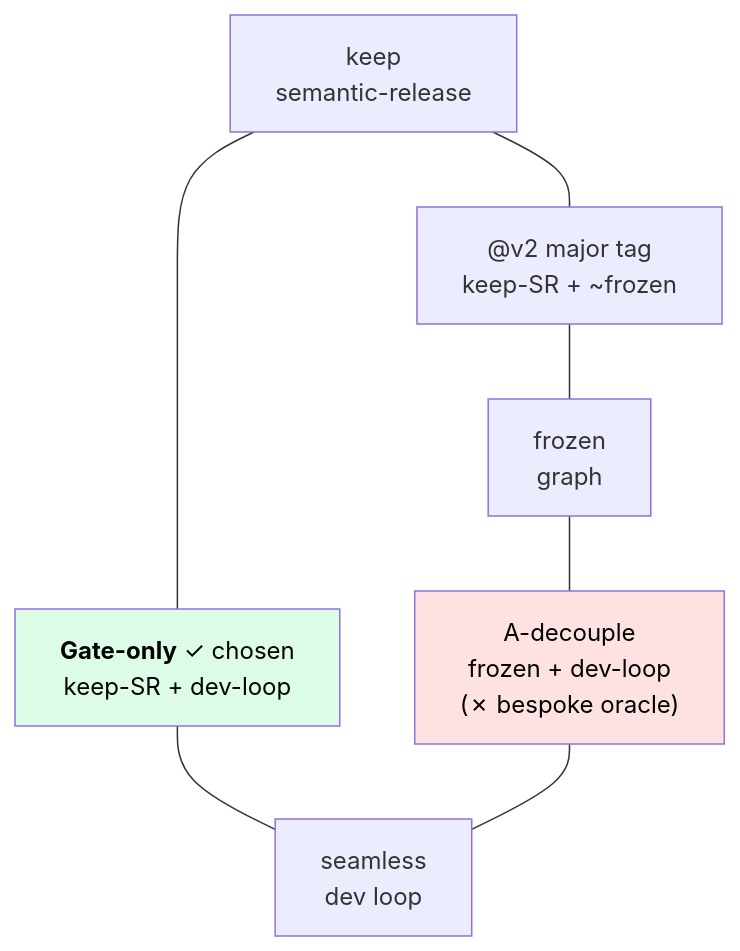
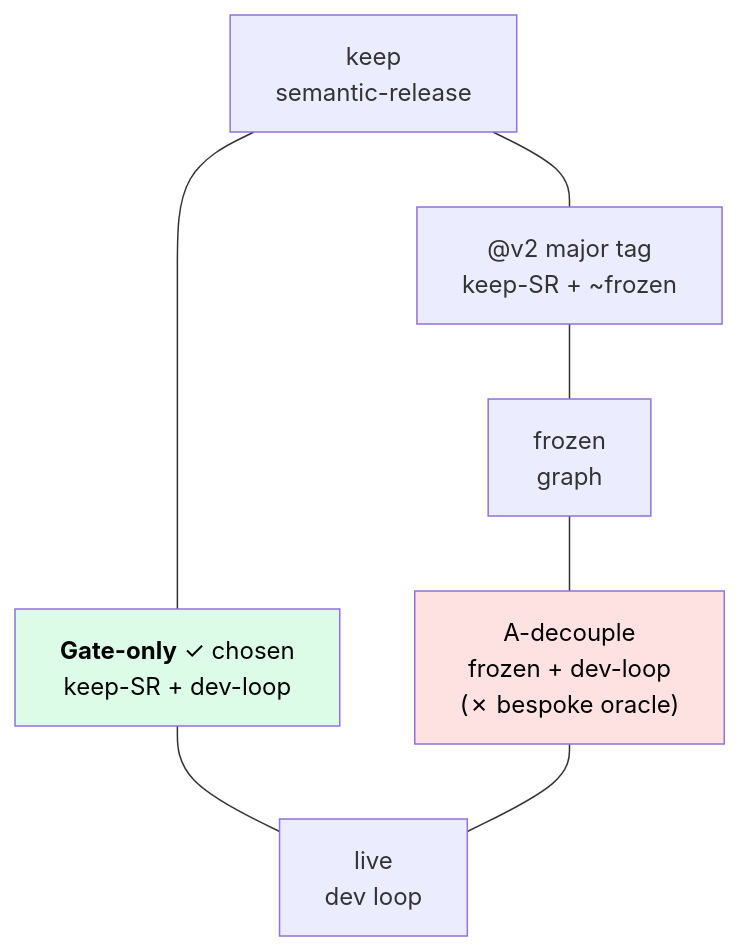
The second of 3 diagrams in docs/dependencies/workflow-pinning.md (hyperi-io/hyperi-ci), drawn with Mermaid before and after one commit. The commit also changed other lines of this file and 22 other files, not shown here.

````diff
--- a/docs/dependencies/workflow-pinning.md
+++ b/docs/dependencies/workflow-pinning.md
@@ -45,14 +45,14 @@
 ```mermaid
 flowchart TB
     KSR["keep<br/>semantic-release"]
     FG["frozen<br/>graph"]
-    SDL["seamless<br/>dev loop"]
+    SDL["live<br/>dev loop"]
     GO["<b>Gate-only</b> ✓ chosen<br/>keep-SR + dev-loop"]
     V2["@v2 major tag<br/>keep-SR + ~frozen"]
     AD["A-decouple<br/>frozen + dev-loop<br/>(✗ bespoke oracle)"]
     KSR --- GO --- SDL
     KSR --- V2 --- FG
     FG --- AD --- SDL
     style GO fill:#dcfce7,color:#000
     style AD fill:#fee2e2,color:#000
 ```
````
